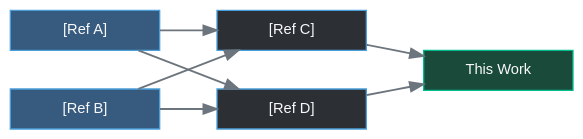
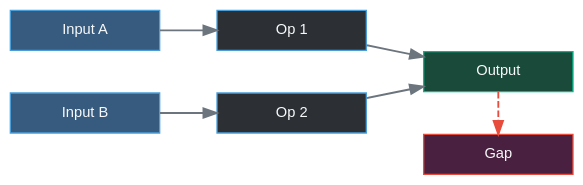
Before and after one commit to HongyuCao3/Pytorch-lightining-Hydra-Optuna-MLflow-Slurm-Project-Tempate-for-Scientific-Research: the second of 5 diagrams in docs/literature_review.qmd, drawn with Graphviz. The commit also changed other lines of this file and 1 other file, not shown here.

````diff
--- a/docs/literature_review.qmd
+++ b/docs/literature_review.qmd
@@ -68,34 +57,35 @@
 ```{dot}
-//| label: fig-papers
-//| fig-cap: "Paper dependency graph (arrows = builds-on)"
+//| label: fig-cluster-a
+//| fig-cap: "Cluster A: core mechanism"
 //| fig-width: 7
-//| fig-height: 3.2
+//| fig-height: 2.8
 digraph G {
   bgcolor="transparent"
   rankdir=LR
-  graph [ranksep=0.6, nodesep=0.4]
+  graph [ranksep=0.6, nodesep=0.45]
   node [style=filled, fillcolor="#2c3035", color="#4a9eda",
         fontcolor="#f8f9fa", fontname="Arial", fontsize=11,
         shape=box, width=1.55, height=0.42]
   edge [color="#6c757d", penwidth=1.4]
 
   subgraph col1 {
     rank=same
-    P1 [label="[Ref A]", fillcolor="#375a7f"]
-    P2 [label="[Ref B]", fillcolor="#375a7f"]
+    In1 [label="Input A",  fillcolor="#375a7f"]
+    In2 [label="Input B",  fillcolor="#375a7f"]
   }
   subgraph col2 {
     rank=same
-    P3 [label="[Ref C]"]
-    P4 [label="[Ref D]"]
+    Op1 [label="Op 1"]
+    Op2 [label="Op 2"]
   }
   subgraph col3 {
     rank=same
-    Us [label="This Work", fillcolor="#1a4a3a", color="#00bc8c"]
+    Out [label="Output", fillcolor="#1a4a3a", color="#00bc8c"]
+    Gap [label="Gap",    fillcolor="#4a2040", color="#e74c3c"]
   }
 
-  P1 -> P3  P1 -> P4
-  P2 -> P3  P2 -> P4
-  P3 -> Us  P4 -> Us
+  In1 -> Op1  In2 -> Op2
+  Op1 -> Out  Op2 -> Out
+  Out -> Gap [style=dashed, color="#e74c3c"]
 }
 ```
````
